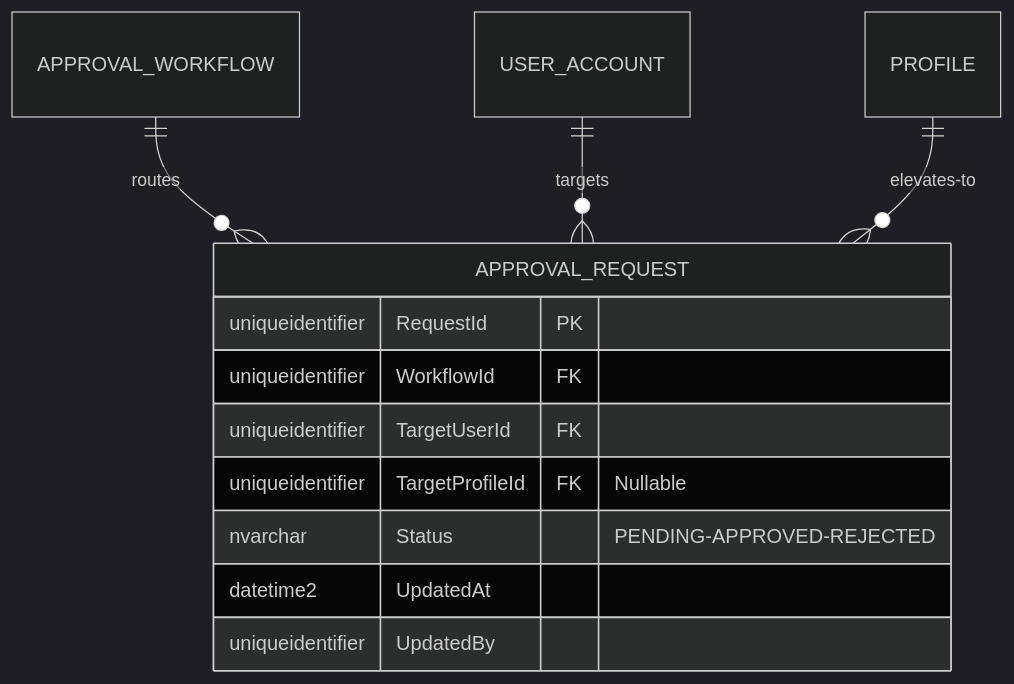
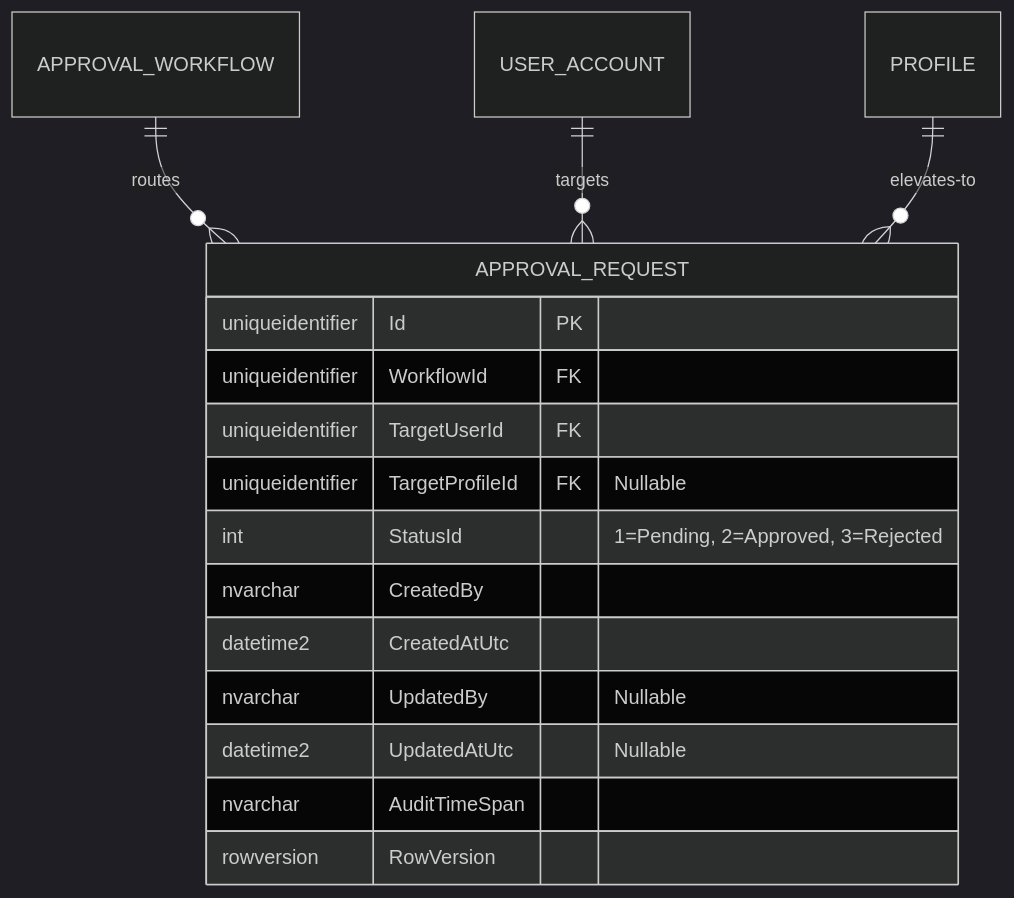
The fourth of 4 diagrams in docs/domain/approvals/approval-request.md (beyondnetcode/ums), drawn with Mermaid (dark theme) before and after one commit. The commit also changed other lines of this file and 14 other files, not shown here.

Commit message:
docs(onboarding): align domain and ER models

````diff
--- a/docs/domain/approvals/approval-request.md
+++ b/docs/domain/approvals/approval-request.md
@@ -134,16 +157,20 @@
 ```mermaid
 erDiagram
     APPROVAL_WORKFLOW ||--o{ APPROVAL_REQUEST : "routes"
     USER_ACCOUNT ||--o{ APPROVAL_REQUEST : "targets"
     PROFILE ||--o{ APPROVAL_REQUEST : "elevates-to"
 
     APPROVAL_REQUEST {
-        uniqueidentifier RequestId PK
+        uniqueidentifier Id PK
         uniqueidentifier WorkflowId FK
         uniqueidentifier TargetUserId FK
         uniqueidentifier TargetProfileId FK "Nullable"
-        nvarchar Status "PENDING-APPROVED-REJECTED"
-        datetime2 UpdatedAt
-        uniqueidentifier UpdatedBy
+        int StatusId "1=Pending, 2=Approved, 3=Rejected"
+        nvarchar CreatedBy
+        datetime2 CreatedAtUtc
+        nvarchar UpdatedBy "Nullable"
+        datetime2 UpdatedAtUtc "Nullable"
+        nvarchar AuditTimeSpan
+        rowversion RowVersion
     }
 ```
````
